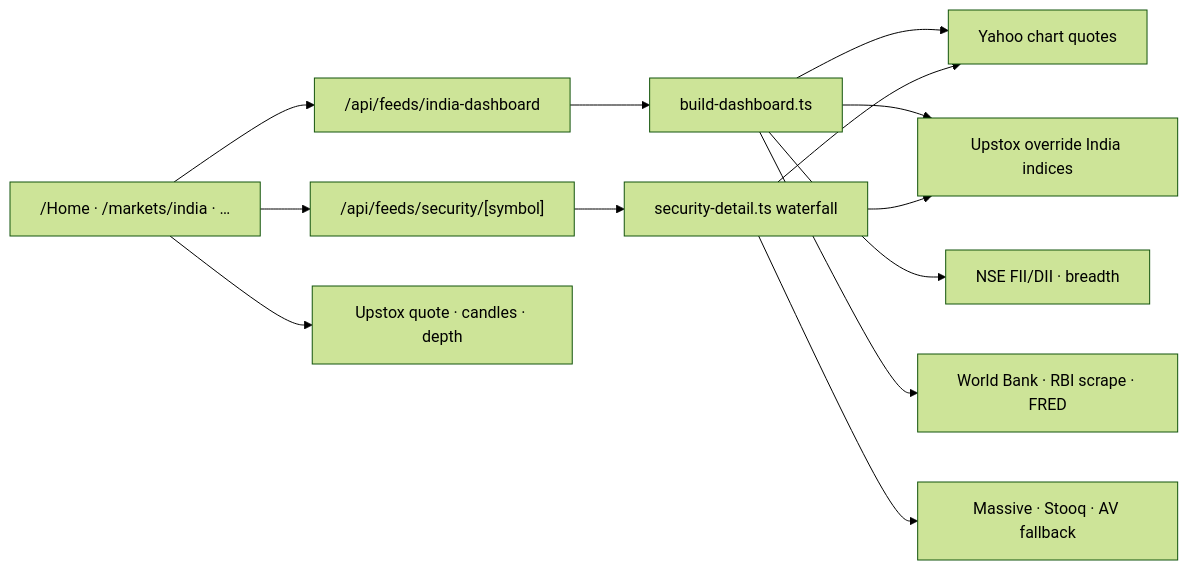
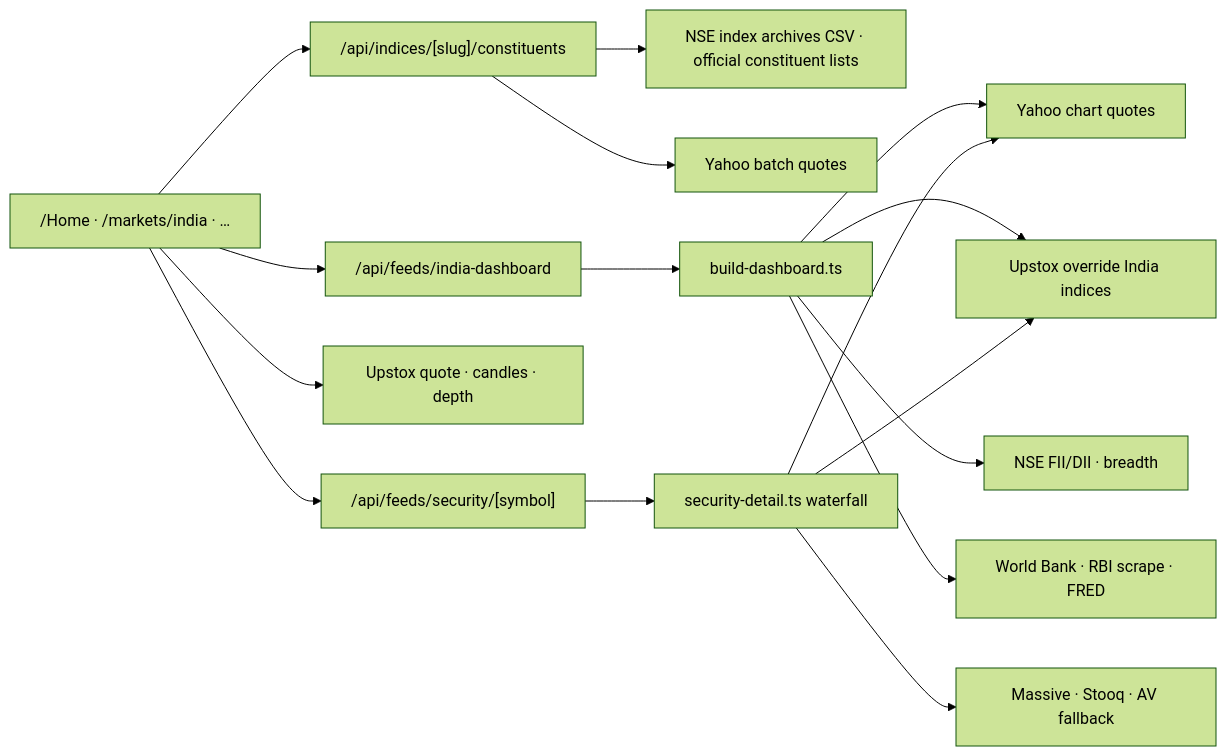
One commit to debmukdm-jioinstitute/MARKET-INTELLIGENCE changed the third of 8 diagrams in README.md. Above: the diagram before and after it, drawn with Mermaid (forest theme). The commit also changed other lines of this file, not shown here.

Commit message:
docs(readme): user-friendly overview, 0.1.11 release history, architecture refresh

````diff
--- a/README.md
+++ b/README.md
@@ -220,15 +263,18 @@
 ```mermaid
 flowchart LR
   H["/Home · /markets/india · …"] --> ID["/api/feeds/india-dashboard"]
   H --> SEC["/api/feeds/security/[symbol]"]
   H --> UQ[Upstox quote · candles · depth]
+  H --> CONS["/api/indices/[slug]/constituents"]
+  CONS --> NCSV[NSE index archives CSV · official constituent lists]
+  CONS --> YQ[Yahoo batch quotes]
   ID --> B[build-dashboard.ts]
   B --> Y[Yahoo chart quotes]
   B --> U[Upstox override India indices]
   B --> N[NSE FII/DII · breadth]
   B --> WB[World Bank · RBI scrape · FRED]
   SEC --> SD[security-detail.ts waterfall]
   SD --> U
   SD --> Y
   SD --> M[Massive · Stooq · AV fallback]
 ```
````
